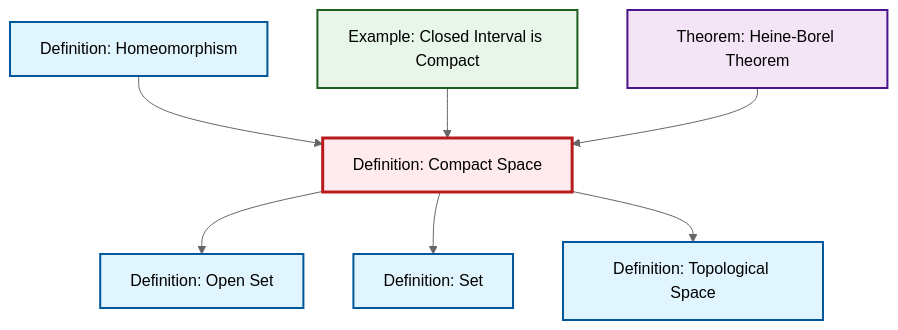
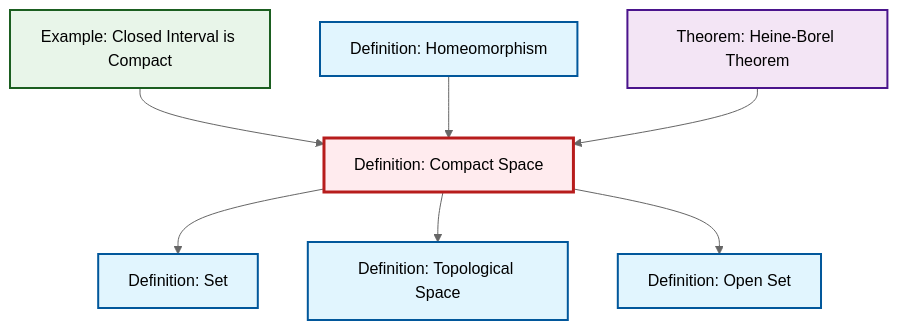
The diagram in content/en/topology/def-compact.qmd (RK0429/ModernMath), drawn with Mermaid (neutral theme) before and after one commit. The commit also changed other lines of this file and 1012 other files, not shown here.

````diff
--- a/content/en/topology/def-compact.qmd
+++ b/content/en/topology/def-compact.qmd
@@ -48,29 +48,29 @@
 ```{mermaid}
 %%| fig-cap: "Local dependency graph"
 graph TD
     classDef definition fill:#e1f5fe,stroke:#01579b,stroke-width:2px
     classDef theorem fill:#f3e5f5,stroke:#4a148c,stroke-width:2px
     classDef axiom fill:#fff3e0,stroke:#e65100,stroke-width:2px
     classDef example fill:#e8f5e9,stroke:#1b5e20,stroke-width:2px
     classDef current fill:#ffebee,stroke:#b71c1c,stroke-width:3px
+    def-open-set["Definition: Open Set"]:::definition
     def-set["Definition: Set"]:::definition
     def-homeomorphism["Definition: Homeomorphism"]:::definition
+    def-compact["Definition: Compact Space"]:::definition
+    def-topological-space["Definition: Topological Space"]:::definition
+    thm-heine-borel["Theorem: Heine-Borel Theorem"]:::theorem
     ex-closed-interval-compact["Example: Closed Interval is Compact"]:::example
-    def-topological-space["Definition: Topological Space"]:::definition
-    def-open-set["Definition: Open Set"]:::definition
-    thm-heine-borel["Theorem: Heine-Borel Theorem"]:::theorem
-    def-compact["Definition: Compact Space"]:::definition
-    def-compact --> def-open-set
-    def-homeomorphism --> def-compact
     def-compact --> def-set
     ex-closed-interval-compact --> def-compact
+    def-homeomorphism --> def-compact
+    thm-heine-borel --> def-compact
     def-compact --> def-topological-space
-    thm-heine-borel --> def-compact
+    def-compact --> def-open-set
     class def-compact current
+    click def-open-set "def-open-set.html" "Go to Open Set definition"
     click def-set "def-set.html" "Go to Set definition"
     click def-homeomorphism "def-homeomorphism.html" "Go to Homeomorphism definition"
+    click def-topological-space "def-topological-space.html" "Go to Topological Space definition"
+    click thm-heine-borel "thm-heine-borel.html" "Go to Heine-Borel Theorem theorem"
     click ex-closed-interval-compact "ex-closed-interval-compact.html" "Go to Closed Interval is Compact example"
-    click def-topological-space "def-topological-space.html" "Go to Topological Space definition"
-    click def-open-set "def-open-set.html" "Go to Open Set definition"
-    click thm-heine-borel "thm-heine-borel.html" "Go to Heine-Borel Theorem theorem"
 ```
````
